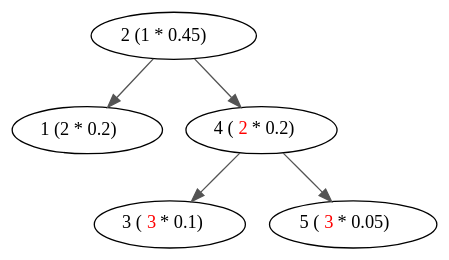
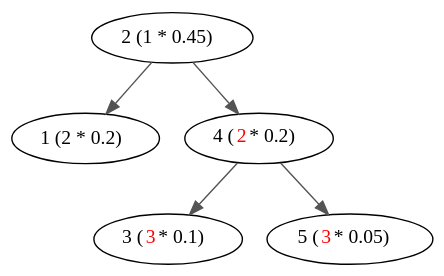
Before and after one commit to lbv/upsolving-rpc: the diagram in website/htdocs/binary-search-tree/bst05.dot, drawn with Graphviz. The commit also changed 4 other files, not shown here.

Commit message:
Use better font in graphs

```diff
--- a/website/htdocs/binary-search-tree/bst05.dot
+++ b/website/htdocs/binary-search-tree/bst05.dot
@@ -1,15 +1,16 @@
 digraph G {
+  graph[size=4, bgcolor="transparent"]
   edge[color="gray33"]
-  graph[size=4, bgcolor="transparent"]
+  node[fontname="Source Sans Pro"]
 
   2 -> 1
   2 -> 4
   4 -> 3
   4 -> 5
 
   1[label=<1 (2 * 0.2)>]
   2[label=<2 (1 * 0.45)>]
   3[label=<3 (<FONT COLOR="red">3</FONT> * 0.1)>]
   4[label=<4 (<FONT COLOR="red">2</FONT> * 0.2)>]
   5[label=<5 (<FONT COLOR="red">3</FONT> * 0.05)>]
 }
```
